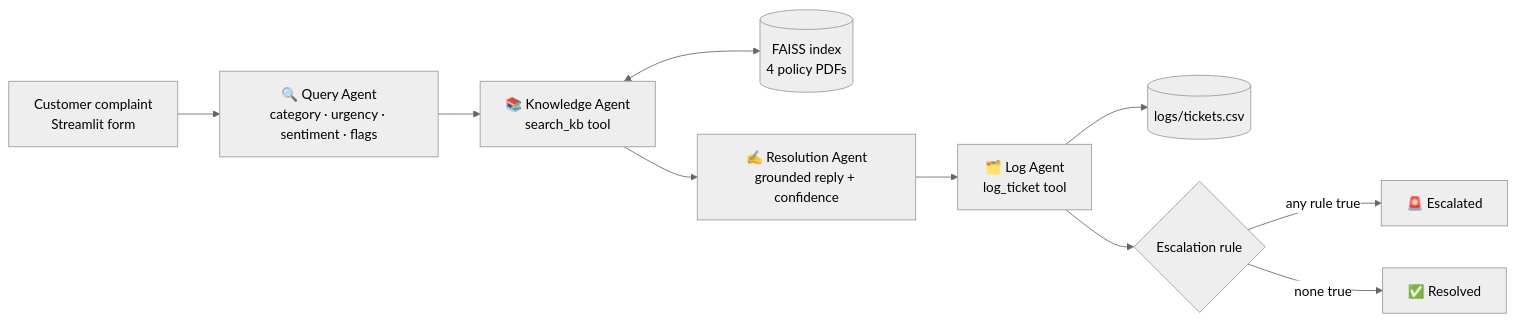
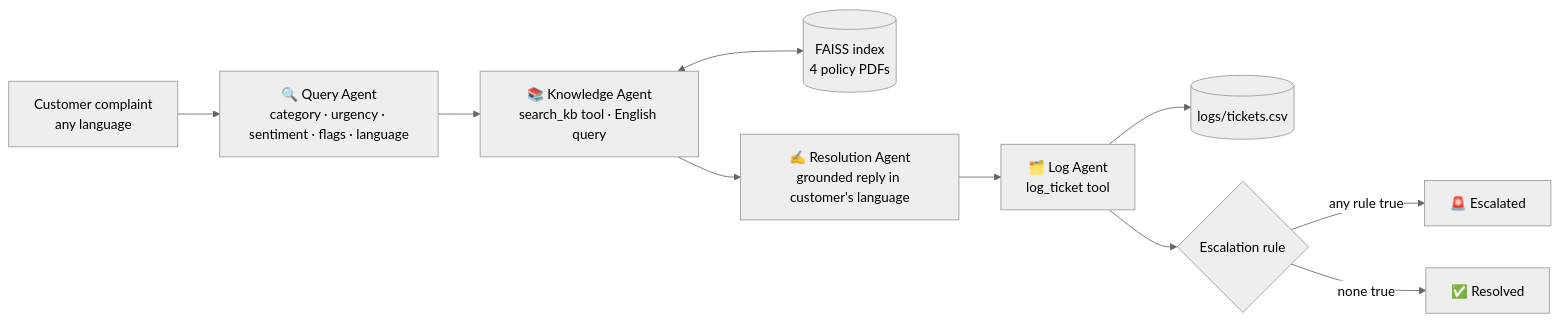
Before and after one commit to pdineshkumar55/customer-support-agents-autogen: the diagram in README.md, drawn with Mermaid (neutral theme). The commit also changed other lines of this file and 8 other files, not shown here.

Commit message:
Bonus: dashboard tab and replies in the customer's language

````diff
--- a/README.md
+++ b/README.md
@@ -25,12 +27,12 @@
 ```mermaid
 flowchart LR
-    U[Customer complaint<br/>Streamlit form] --> Q[🔍 Query Agent<br/>category · urgency · sentiment · flags]
-    Q --> K[📚 Knowledge Agent<br/>search_kb tool]
+    U[Customer complaint<br/>any language] --> Q[🔍 Query Agent<br/>category · urgency · sentiment · flags · language]
+    Q --> K[📚 Knowledge Agent<br/>search_kb tool · English query]
     K <--> F[(FAISS index<br/>4 policy PDFs)]
-    K --> R[✍️ Resolution Agent<br/>grounded reply + confidence]
+    K --> R[✍️ Resolution Agent<br/>grounded reply in customer's language]
     R --> L[🗂️ Log Agent<br/>log_ticket tool]
     L --> C[(logs/tickets.csv)]
     L --> D{Escalation rule}
     D -->|any rule true| E[🚨 Escalated]
     D -->|none true| S[✅ Resolved]
 ```
````
